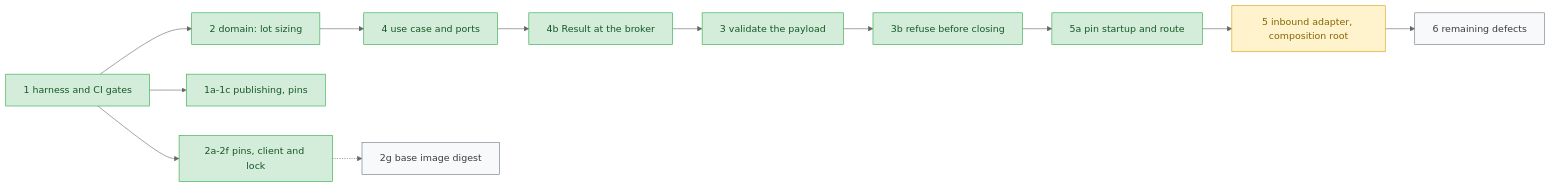
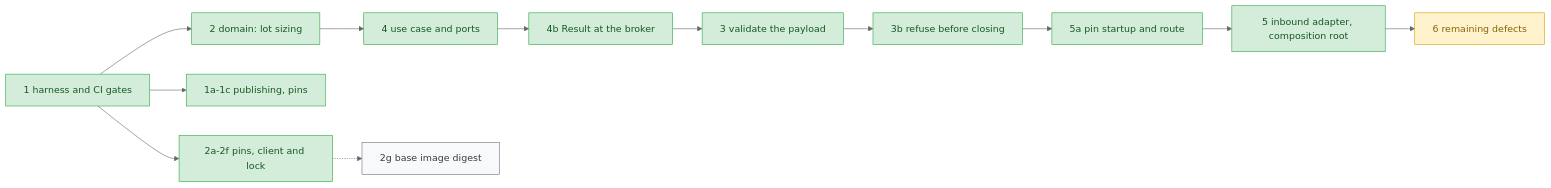
One commit to Akinzou/TradeLockerBot changed the diagram in docs/migration-roadmap.md. Above: the diagram before and after it, drawn with Mermaid (neutral theme). The commit also changed other lines of this file and 21 other files, not shown here.

First line of the commit message:
refactor: move the webhook and the startup into an adapter and a composition root (roadmap step 5)

````diff
--- a/docs/migration-roadmap.md
+++ b/docs/migration-roadmap.md
@@ -31,20 +31,20 @@
 ```mermaid
 flowchart LR
     S1[1 harness and CI gates] --> S2[2 domain: lot sizing]
     S1 --> S1abc[1a-1c publishing, pins]
     S1 --> S2af[2a-2f pins, client and lock]
     S2 --> S4[4 use case and ports]
     S4 --> S4b[4b Result at the broker]
     S4b --> S3[3 validate the payload]
     S3 --> S3b[3b refuse before closing]
     S3b --> S5a[5a pin startup and route]
     S5a --> S5[5 inbound adapter, composition root]
     S5 --> S6[6 remaining defects]
     S2af -.-> S2g[2g base image digest]
     classDef done fill:#d4edda,stroke:#28a745,color:#155724
     classDef next fill:#fff3cd,stroke:#d39e00,color:#856404
     classDef todo fill:#f8f9fa,stroke:#6c757d,color:#383d41
-    class S1,S1abc,S2,S2af,S4,S4b,S3,S3b,S5a done
-    class S5 next
-    class S6,S2g todo
+    class S1,S1abc,S2,S2af,S4,S4b,S3,S3b,S5a,S5 done
+    class S6 next
+    class S2g todo
 ```
````
